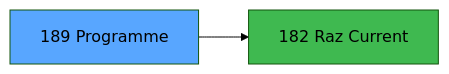
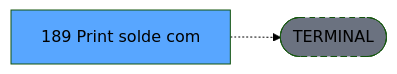
One commit to thonyAGP/lecteur-magic changed the third of 3 diagrams in .openspec/renders/ADH-IDE-189.md. Above: the diagram before and after it, drawn with Mermaid (forest theme). The commit also changed other lines of this file and 701 other files, not shown here.

````diff
--- a/.openspec/renders/ADH-IDE-189.md
+++ b/.openspec/renders/ADH-IDE-189.md
@@ -155,8 +142,8 @@
 ```mermaid
 graph LR
-    T[189 Programme]
-    C182[182 Raz Current ]
-    T --> C182
+    T[189 Print solde com]
+    TERM([TERMINAL])
+    T -.-> TERM
+    style TERM fill:#6b7280,stroke-dasharray: 5 5
     style T fill:#58a6ff,color:#000
-    style C182 fill:#3fb950
 ```
````
